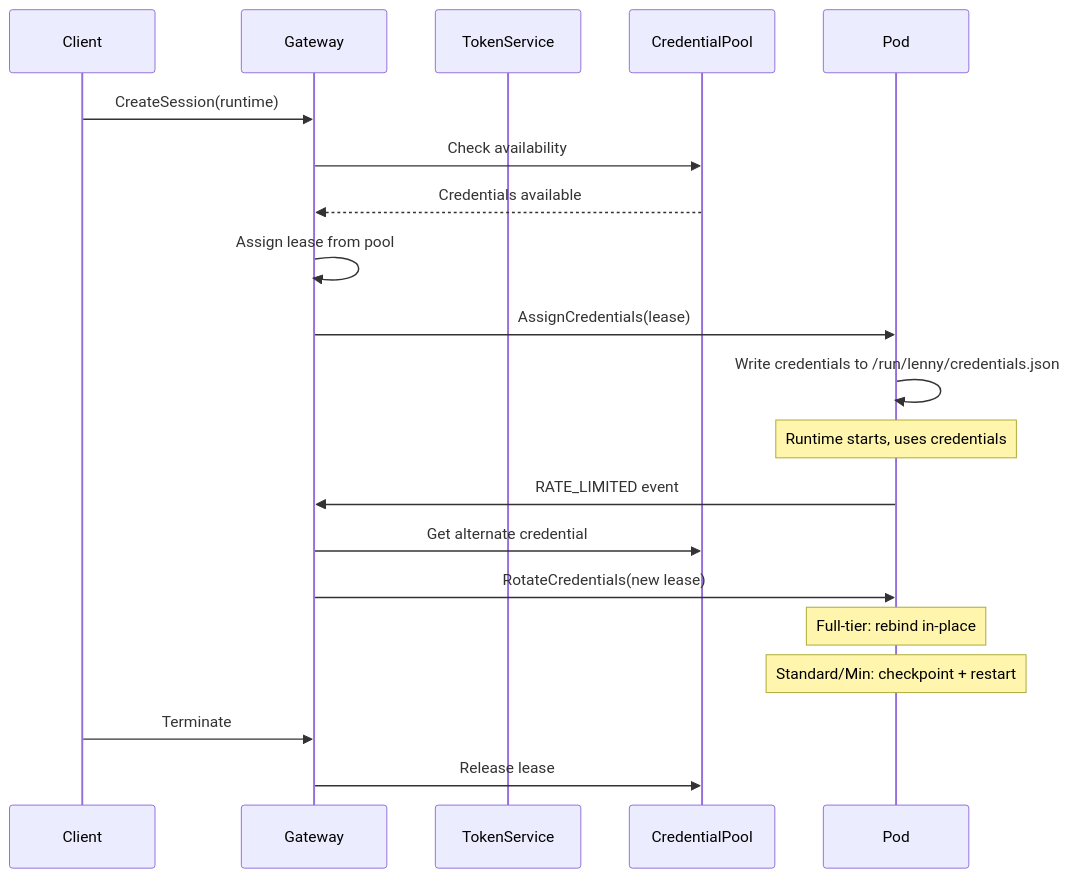
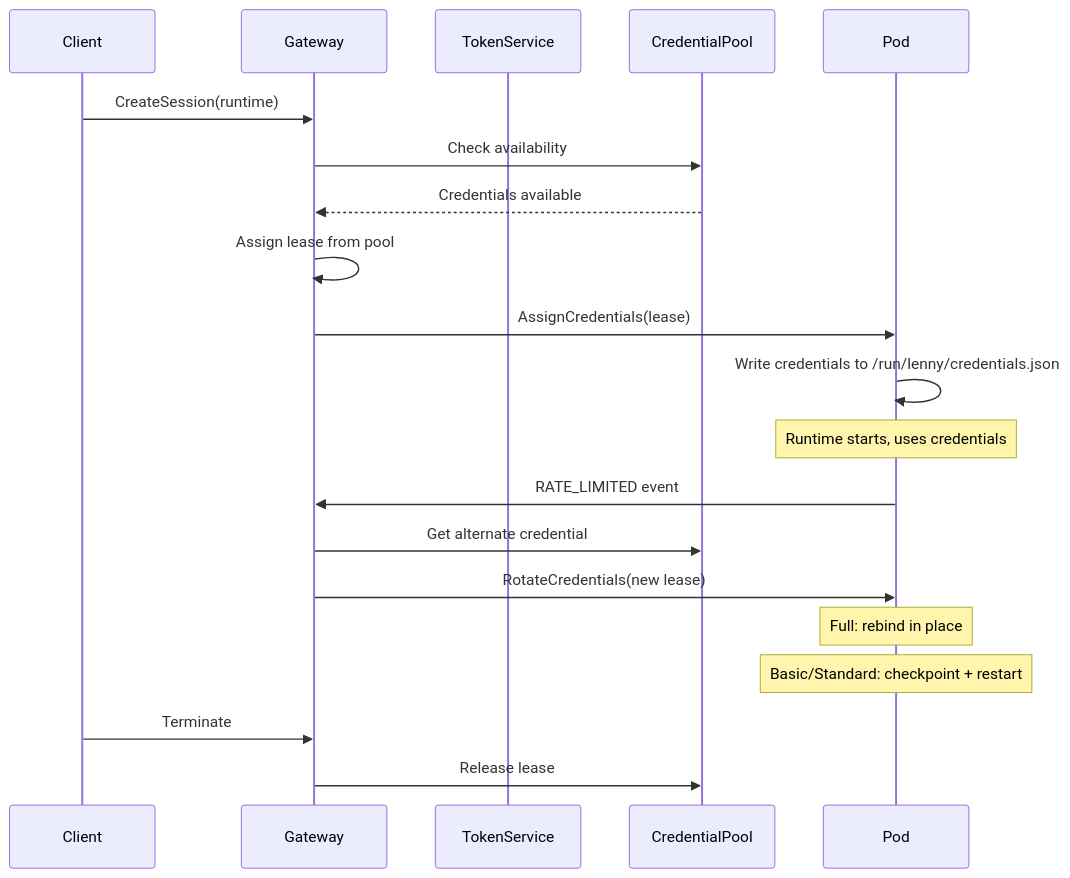
One commit to lennylabs/lenny changed the second of 2 diagrams in docs/getting-started/concepts.md. Above: the diagram before and after it, drawn with Mermaid. The commit also changed other lines of this file and 45 other files, not shown here.

````diff
--- a/docs/getting-started/concepts.md
+++ b/docs/getting-started/concepts.md
@@ -461,23 +461,23 @@
 ```mermaid
 sequenceDiagram
     participant Client
     participant Gateway
     participant TokenService
     participant CredentialPool
     participant Pod
 
     Client->>Gateway: CreateSession(runtime)
     Gateway->>CredentialPool: Check availability
     CredentialPool-->>Gateway: Credentials available
     Gateway->>Gateway: Assign lease from pool
     Gateway->>Pod: AssignCredentials(lease)
     Pod->>Pod: Write credentials to /run/lenny/credentials.json
     Note over Pod: Runtime starts, uses credentials
     Pod->>Gateway: RATE_LIMITED event
     Gateway->>CredentialPool: Get alternate credential
     Gateway->>Pod: RotateCredentials(new lease)
-    Note over Pod: Full-tier: rebind in-place
-    Note over Pod: Standard/Min: checkpoint + restart
+    Note over Pod: Full: rebind in place
+    Note over Pod: Basic/Standard: checkpoint + restart
     Client->>Gateway: Terminate
     Gateway->>CredentialPool: Release lease
 ```
````
